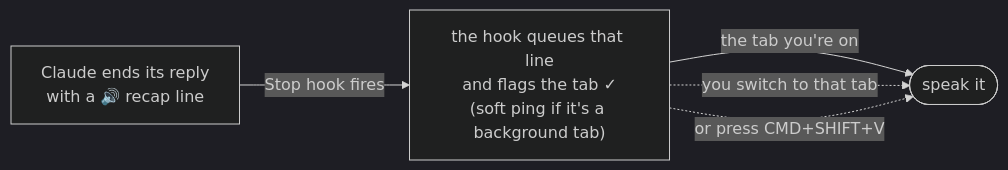
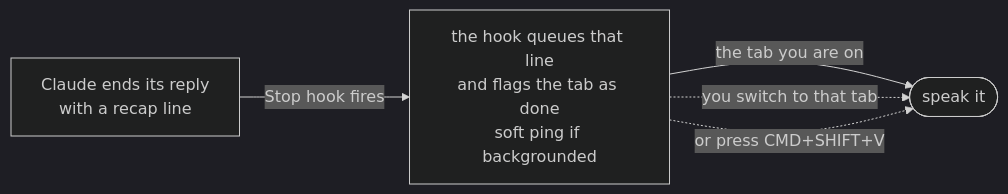
One commit to Louis-Mascari/aloud changed the diagram in README.md. Above: the diagram before and after it, drawn with Mermaid (dark theme). The commit also changed 1 other file, not shown here.

Commit message:
Simplify mermaid diagrams so GitHub renders them
GitHub's mermaid is stricter than the local validator and failed with
"Cannot read properties of undefined (reading 'render')". Removed the two
constructs it chokes on from every diagram label: emoji and parentheses
(kept node/edge shapes and meaning).

````diff
--- a/README.md
+++ b/README.md
@@ -36,7 +36,7 @@
 ```mermaid
 flowchart LR
-    CC["Claude ends its reply<br/>with a 🔊 recap line"] -->|"Stop hook fires"| Q["the hook queues that line<br/>and flags the tab ✓<br/>(soft ping if it's a background tab)"]
-    Q -->|"the tab you're on"| SAY(["speak it"])
+    CC["Claude ends its reply<br/>with a recap line"] -->|"Stop hook fires"| Q["the hook queues that line<br/>and flags the tab as done<br/>soft ping if backgrounded"]
+    Q -->|"the tab you are on"| SAY(["speak it"])
     Q -.->|"you switch to that tab"| SAY
     Q -.->|"or press CMD+SHIFT+V"| SAY
 ```
````
